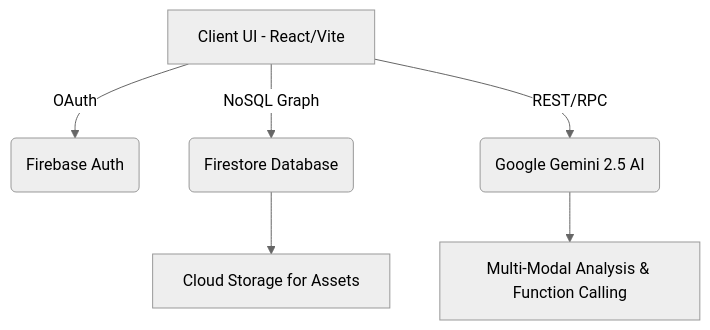
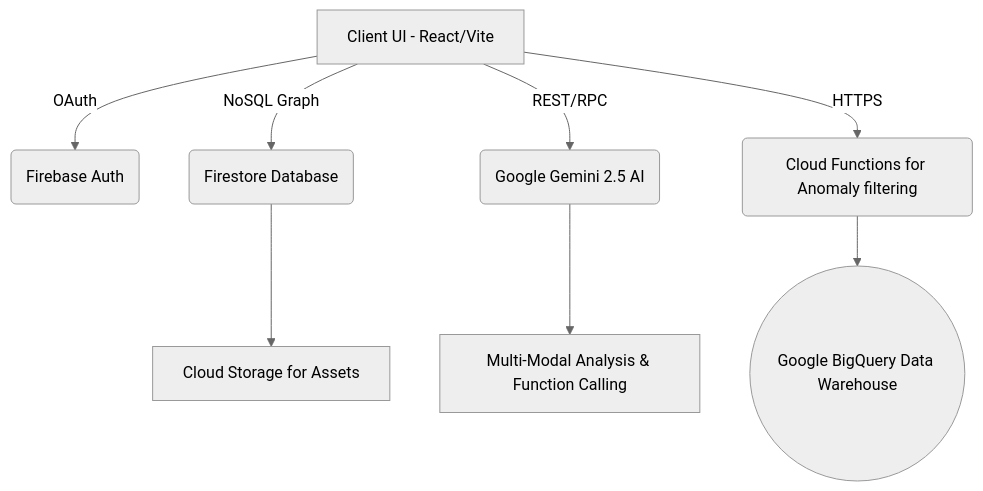
The diagram in README.md (writer-abhiyanta/Voter-s-Ballot-GooglePromtWarsSoftware-), drawn with Mermaid (neutral theme) before and after one commit. The commit also changed other lines of this file and 16 other files, not shown here.

````diff
--- a/README.md
+++ b/README.md
@@ -9,8 +9,10 @@
 ```mermaid
 graph TD;
     A[Client UI - React/Vite] -->|OAuth| B(Firebase Auth);
     A -->|NoSQL Graph| C(Firestore Database);
     A -->|REST/RPC| D(Google Gemini 2.5 AI);
+    A -->|HTTPS| G(Cloud Functions for Anomaly filtering);
     D --> E[Multi-Modal Analysis & Function Calling];
     C --> F[Cloud Storage for Assets];
+    G --> H((Google BigQuery Data Warehouse));
 ```
````
